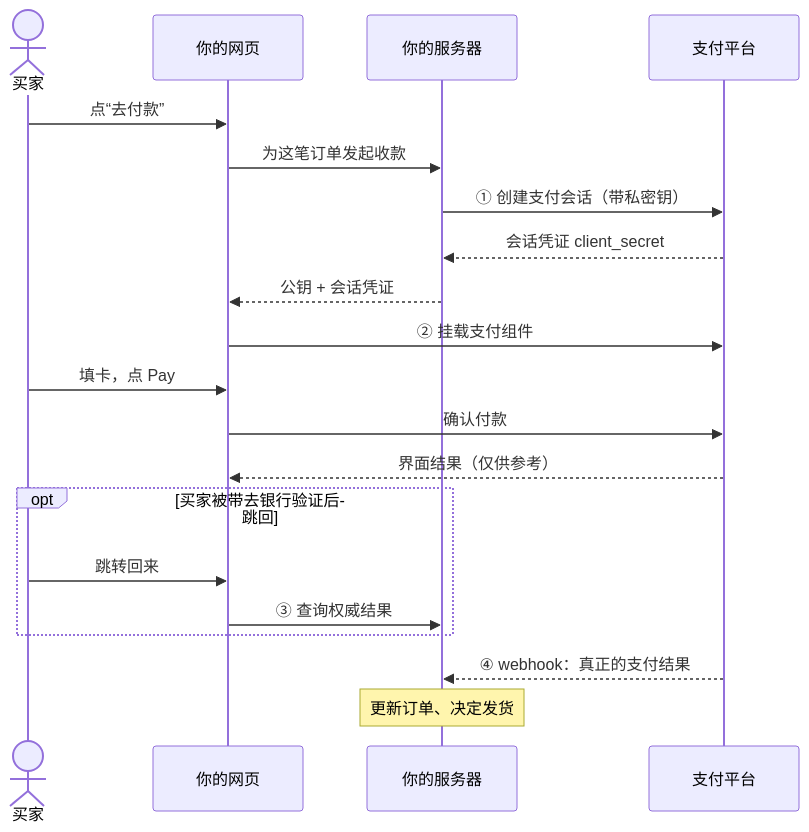
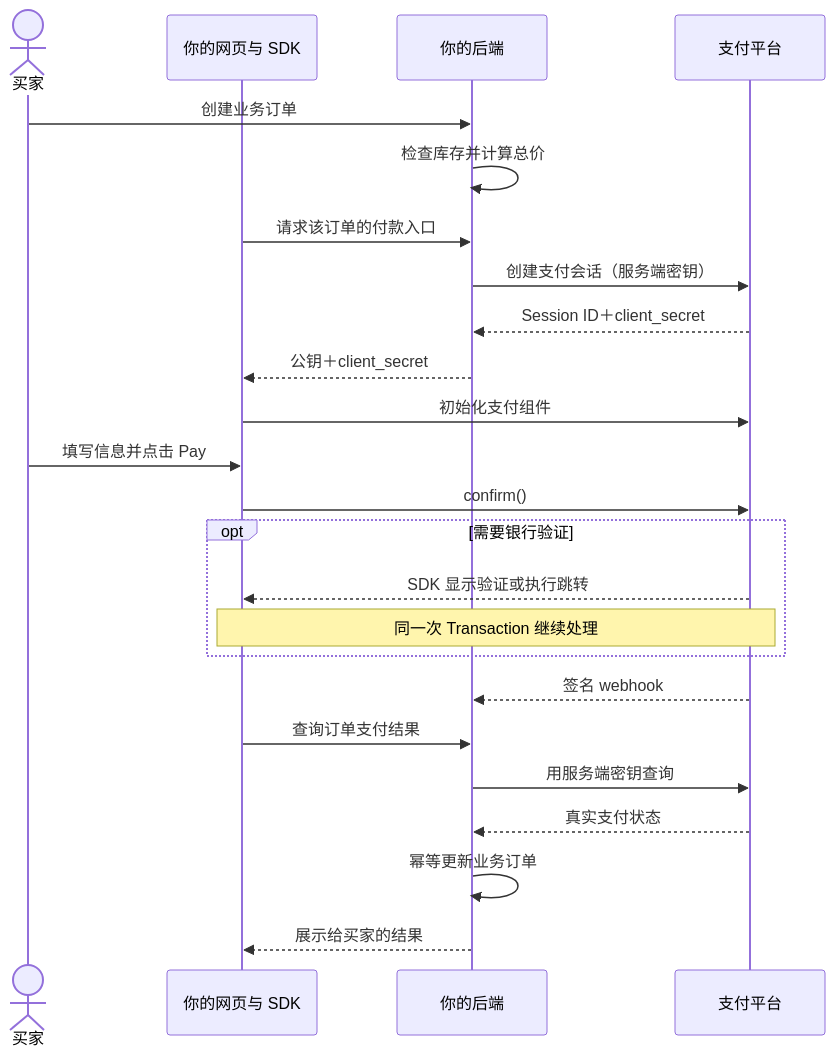
One commit to 1aboveio/wallet-architecture changed the first of 2 diagrams in docs/payment-element-merchant-integration-guide.md. Above: the diagram before and after it, drawn with Mermaid. The commit also changed other lines of this file and 1 other file, not shown here.

````diff
--- a/docs/payment-element-merchant-integration-guide.md
+++ b/docs/payment-element-merchant-integration-guide.md
@@ -27,23 +31,26 @@
 ```mermaid
 sequenceDiagram
-    actor Buyer as 买家
-    participant Page as 你的网页
-    participant Server as 你的服务器
-    participant Pay as 支付平台
-
-    Buyer->>Page: 点“去付款”
-    Page->>Server: 为这笔订单发起收款
-    Server->>Pay: ① 创建支付会话（带私密钥）
-    Pay-->>Server: 会话凭证 client_secret
-    Server-->>Page: 公钥 + 会话凭证
-    Page->>Pay: ② 挂载支付组件
-    Buyer->>Page: 填卡，点 Pay
-    Page->>Pay: 确认付款
-    Pay-->>Page: 界面结果（仅供参考）
-    opt 买家被带去银行验证后跳回
-        Buyer->>Page: 跳转回来
-        Page->>Server: ③ 查询权威结果
+    actor B as 买家
+    participant W as 你的网页与 SDK
+    participant M as 你的后端
+    participant P as 支付平台
+    B->>M: 创建业务订单
+    M->>M: 检查库存并计算总价
+    W->>M: 请求该订单的付款入口
+    M->>P: 创建支付会话（服务端密钥）
+    P-->>M: Session ID＋client_secret
+    M-->>W: 公钥＋client_secret
+    W->>P: 初始化支付组件
+    B->>W: 填写信息并点击 Pay
+    W->>P: confirm()
+    opt 需要银行验证
+        P-->>W: SDK 显示验证或执行跳转
+        Note over W,P: 同一次 Transaction 继续处理
     end
-    Pay-->>Server: ④ webhook：真正的支付结果
-    Note over Server: 更新订单、决定发货
+    P-->>M: 签名 webhook
+    W->>M: 查询订单支付结果
+    M->>P: 用服务端密钥查询
+    P-->>M: 真实支付状态
+    M->>M: 幂等更新业务订单
+    M-->>W: 展示给买家的结果
 ```
````
